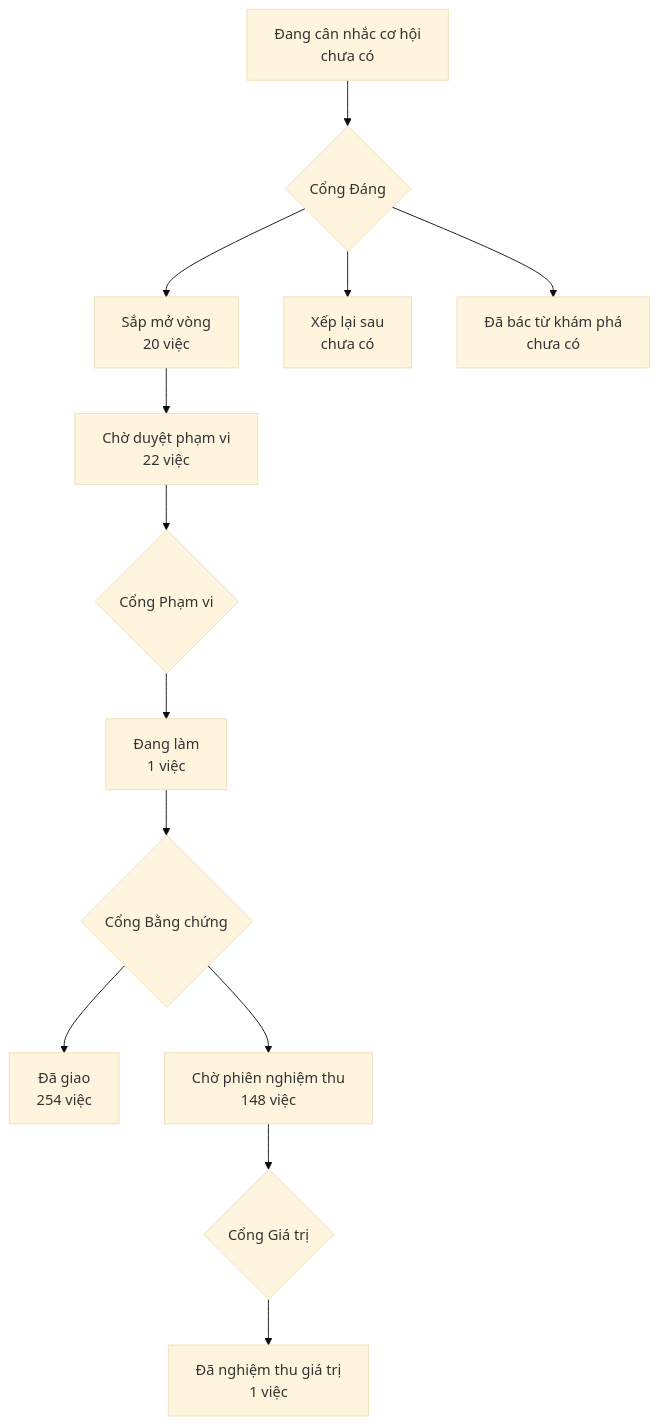
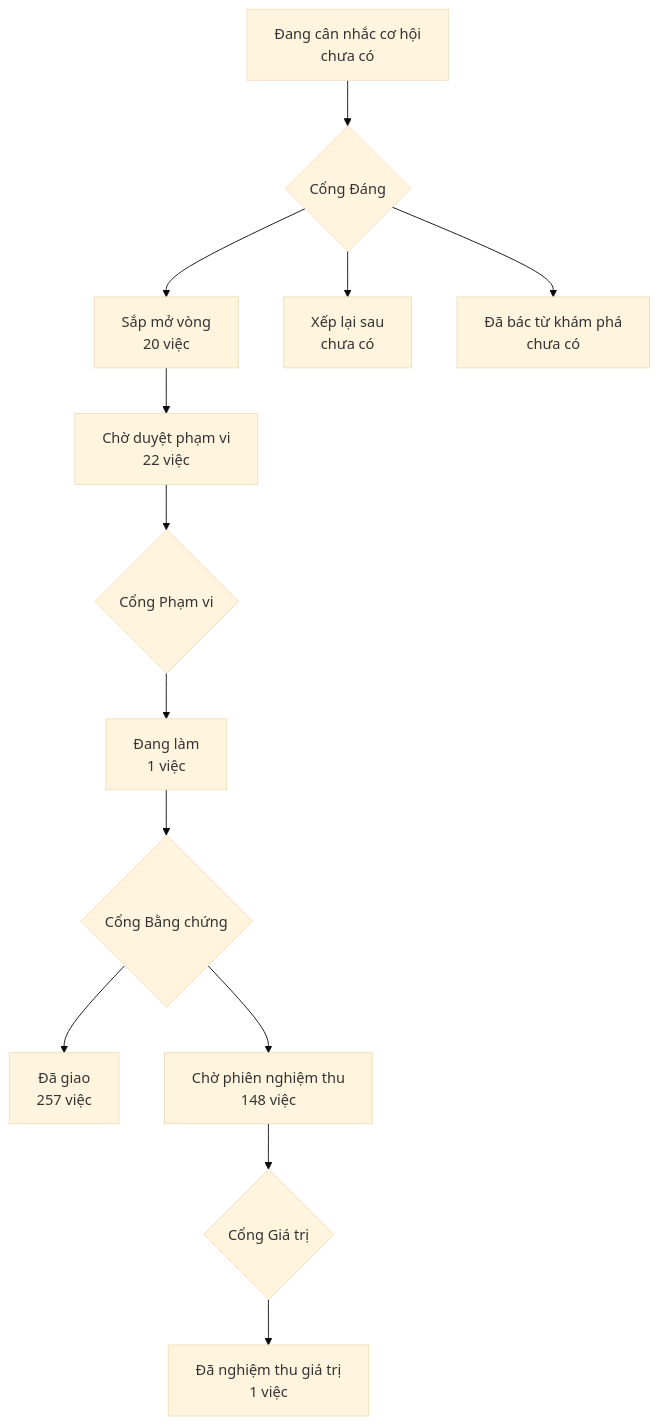
One commit to phanlemanh/onehub-invest changed the diagram in PRODUCT-MAP.md. Above: the diagram before and after it, drawn with Mermaid (base theme). The commit also changed other lines of this file and 1 other file, not shown here.

````diff
--- a/PRODUCT-MAP.md
+++ b/PRODUCT-MAP.md
@@ -7,12 +7,12 @@
 ```mermaid
 flowchart TD
   A["Đang cân nhắc cơ hội<br/>chưa có"] --> GD{"Cổng Đáng"}
   GD --> B["Sắp mở vòng<br/>20 việc"]
   GD --> XL["Xếp lại sau<br/>chưa có"]
   GD --> DB["Đã bác từ khám phá<br/>chưa có"]
   B --> CD["Chờ duyệt phạm vi<br/>22 việc"] --> GP{"Cổng Phạm vi"}
   GP --> DL["Đang làm<br/>1 việc"] --> GB{"Cổng Bằng chứng"}
-  GB --> DG["Đã giao<br/>254 việc"]
+  GB --> DG["Đã giao<br/>257 việc"]
   GB --> CN["Chờ phiên nghiệm thu<br/>148 việc"] --> GG{"Cổng Giá trị"}
   GG --> NT["Đã nghiệm thu giá trị<br/>1 việc"]
 ```
````
